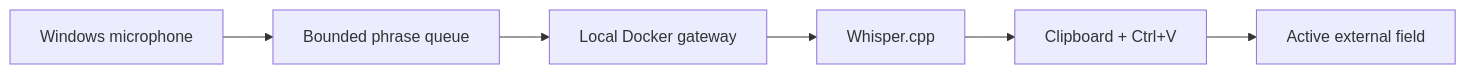
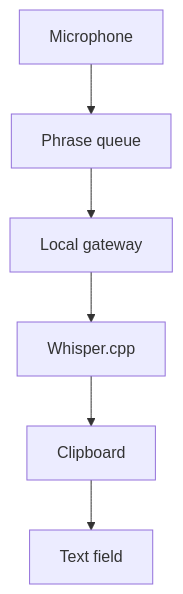
The diagram in README.md (Mtolson415/SimpleWhisper), drawn with Mermaid before and after one commit.

Commit message:
Keep architecture diagram readable in narrow GitHub views

````diff
--- a/README.md
+++ b/README.md
@@ -46,8 +46,8 @@
 ```mermaid
-flowchart LR
-    A[Windows microphone] --> B[Bounded phrase queue]
-    B --> C[Local Docker gateway]
+flowchart TD
+    A[Microphone] --> B[Phrase queue]
+    B --> C[Local gateway]
     C --> D[Whisper.cpp]
-    D --> E[Clipboard + Ctrl+V]
-    E --> F[Active external field]
+    D --> E[Clipboard]
+    E --> F[Text field]
 ```
````
